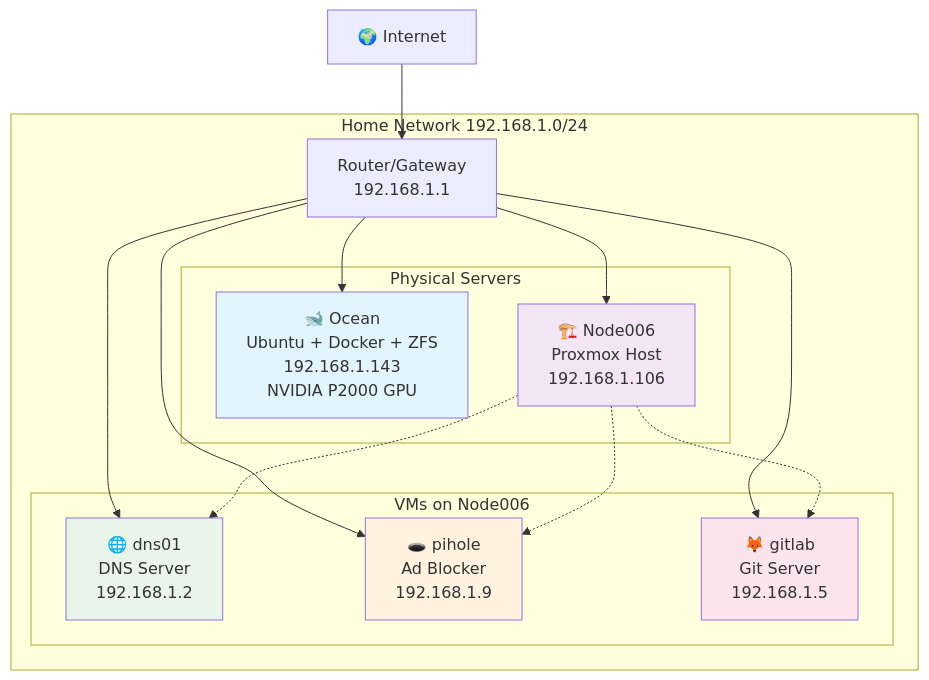
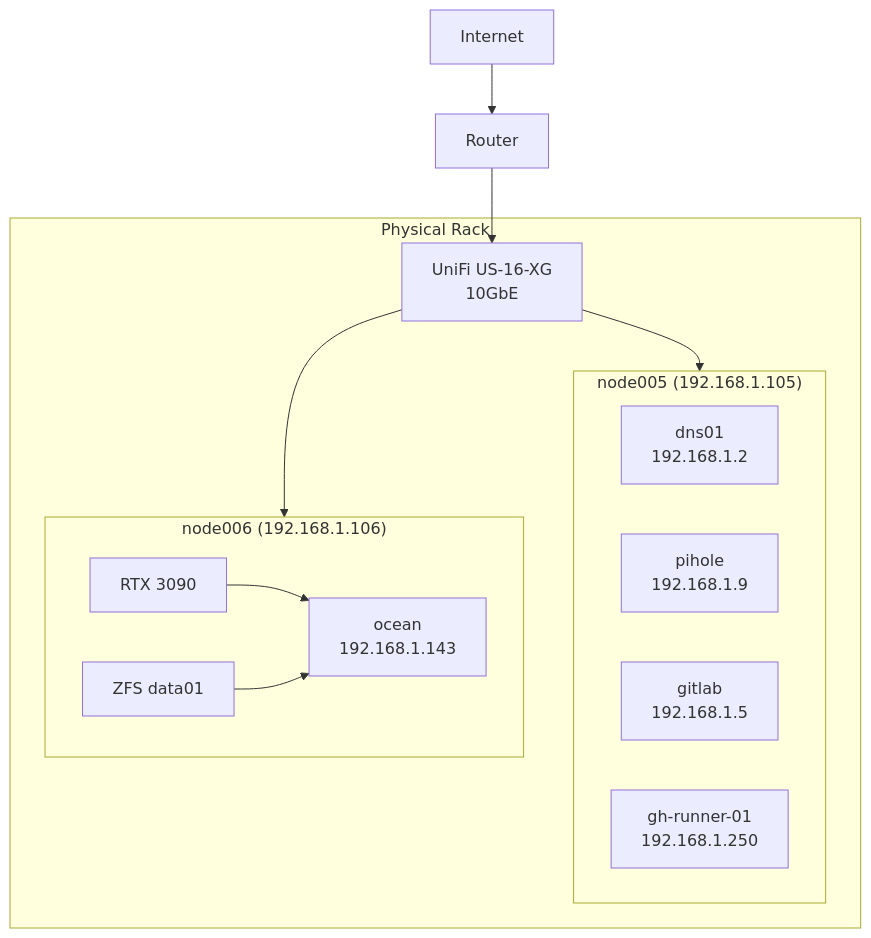
The diagram in docs/architecture/physical-architecture.md (bluefishforsale/homelab), drawn with Mermaid before and after one commit. The commit also changed other lines of this file and 73 other files, not shown here.

````diff
--- a/docs/architecture/physical-architecture.md
+++ b/docs/architecture/physical-architecture.md
@@ -3,34 +77,27 @@
 ```mermaid
 graph TB
-    subgraph "Home Network 192.168.1.0/24"
-        Router[Router/Gateway<br/>192.168.1.1]
+    subgraph rack["Physical Rack"]
+        Switch[UniFi US-16-XG<br/>10GbE]
         
-        subgraph "Physical Servers"
-            Ocean[🐋 Ocean<br/>Ubuntu + Docker + ZFS<br/>192.168.1.143<br/>NVIDIA P2000 GPU]
-            Node006[🏗️ Node006<br/>Proxmox Host<br/>192.168.1.106]
+        subgraph node005["node005 (192.168.1.105)"]
+            DNS[dns01<br/>192.168.1.2]
+            PiHole[pihole<br/>192.168.1.9]
+            GitLab[gitlab<br/>192.168.1.5]
+            Runner[gh-runner-01<br/>192.168.1.250]
         end
         
-        subgraph "VMs on Node006"
-            DNS01[🌐 dns01<br/>DNS Server<br/>192.168.1.2]
-            Pihole[🕳️ pihole<br/>Ad Blocker<br/>192.168.1.9]
-            Gitlab[🦊 gitlab<br/>Git Server<br/>192.168.1.5]
+        subgraph node006["node006 (192.168.1.106)"]
+            Ocean[ocean<br/>192.168.1.143]
+            GPU[RTX 3090]
+            ZFS[ZFS data01]
         end
     end
     
-    Internet[🌍 Internet] --> Router
-    Router --> Ocean
-    Router --> Node006
-    Router --> DNS01
-    Router --> Pihole
-    Router --> Gitlab
+    Internet --> Router
+    Router --> Switch
+    Switch --> node005
+    Switch --> node006
     
-    Node006 -.-> DNS01
-    Node006 -.-> Pihole
-    Node006 -.-> Gitlab
-    
-    style Ocean fill:#e1f5fe
-    style Node006 fill:#f3e5f5
-    style DNS01 fill:#e8f5e8
-    style Pihole fill:#fff3e0
-    style Gitlab fill:#fce4ec
+    GPU --> Ocean
+    ZFS --> Ocean
 ```
````
